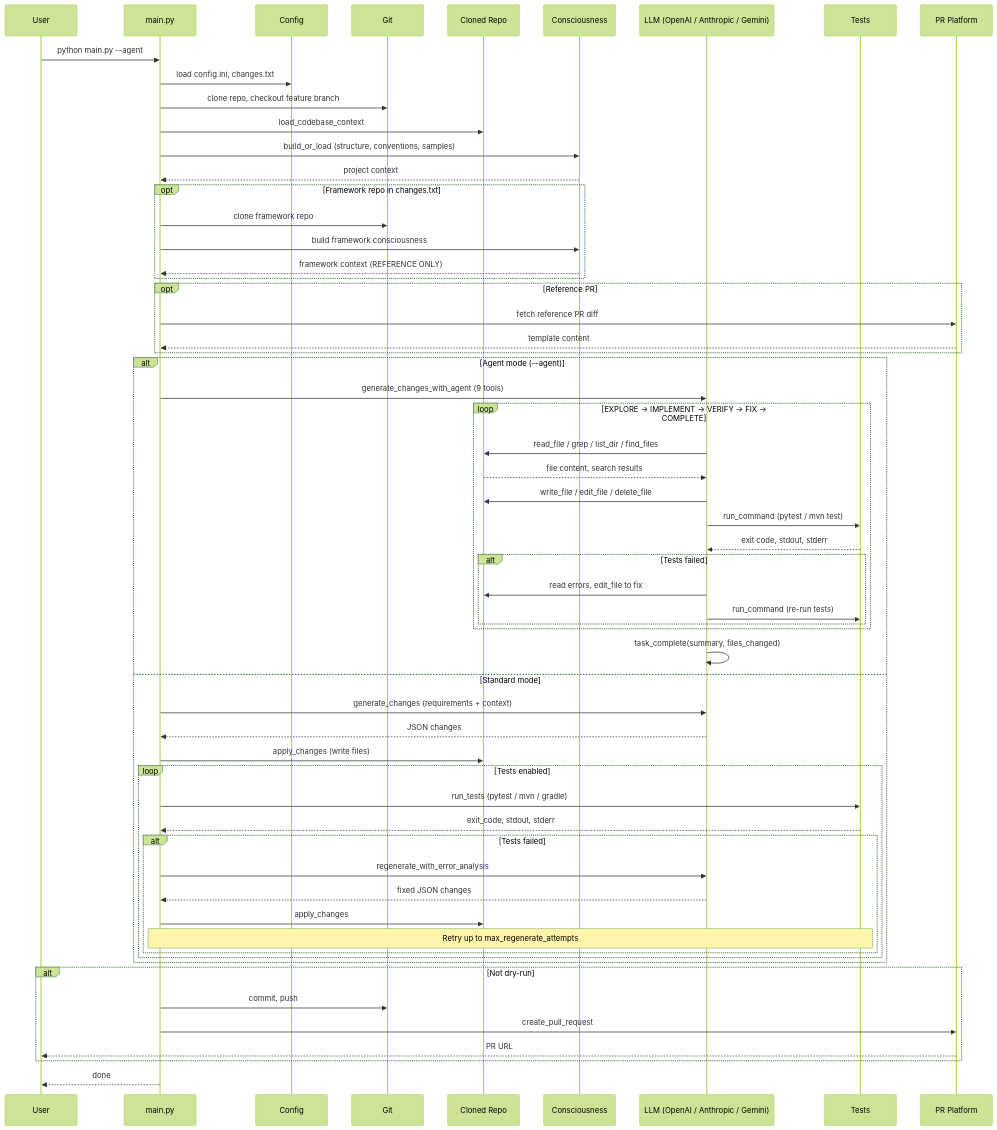
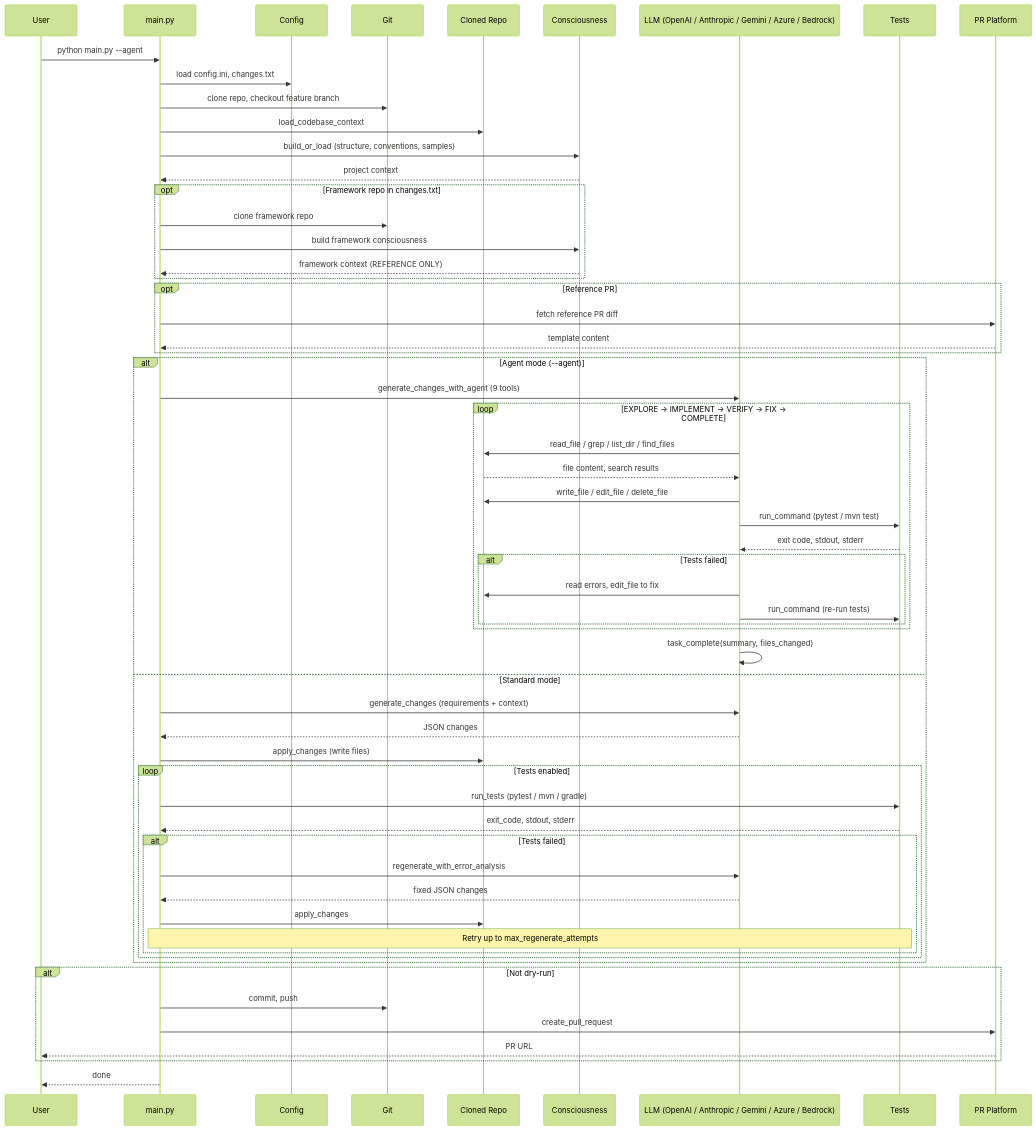
Before and after one commit to krishnachaitanyap/code-autonomy: the diagram in README.md, drawn with Mermaid (forest theme). The commit also changed other lines of this file and 10 other files, not shown here.

````diff
--- a/README.md
+++ b/README.md
@@ -16,63 +16,63 @@
 ```mermaid
 sequenceDiagram
     participant User
     participant Main as main.py
     participant Config
     participant Git
     participant Repo as Cloned Repo
     participant Consciousness
-    participant AI as LLM (OpenAI / Anthropic / Gemini)
+    participant AI as LLM (OpenAI / Anthropic / Gemini / Azure / Bedrock)
     participant Tests
     participant PR as PR Platform
 
     User->>Main: python main.py --agent
     Main->>Config: load config.ini, changes.txt
     Main->>Git: clone repo, checkout feature branch
     Main->>Repo: load_codebase_context
     Main->>Consciousness: build_or_load (structure, conventions, samples)
     Consciousness-->>Main: project context
     opt Framework repo in changes.txt
         Main->>Git: clone framework repo
         Main->>Consciousness: build framework consciousness
         Consciousness-->>Main: framework context (REFERENCE ONLY)
     end
     opt Reference PR
         Main->>PR: fetch reference PR diff
         PR-->>Main: template content
     end
     alt Agent mode (--agent)
         Main->>AI: generate_changes_with_agent (9 tools)
         loop EXPLORE → IMPLEMENT → VERIFY → FIX → COMPLETE
             AI->>Repo: read_file / grep / list_dir / find_files
             Repo-->>AI: file content, search results
             AI->>Repo: write_file / edit_file / delete_file
             AI->>Tests: run_command (pytest / mvn test)
             Tests-->>AI: exit code, stdout, stderr
             alt Tests failed
                 AI->>Repo: read errors, edit_file to fix
                 AI->>Tests: run_command (re-run tests)
             end
         end
         AI->>AI: task_complete(summary, files_changed)
     else Standard mode
         Main->>AI: generate_changes (requirements + context)
         AI-->>Main: JSON changes
         Main->>Repo: apply_changes (write files)
         loop Tests enabled
             Main->>Tests: run_tests (pytest / mvn / gradle)
             Tests-->>Main: exit_code, stdout, stderr
             alt Tests failed
                 Main->>AI: regenerate_with_error_analysis
                 AI-->>Main: fixed JSON changes
                 Main->>Repo: apply_changes
                 Note over Main,Tests: Retry up to max_regenerate_attempts
             end
         end
     end
     alt Not dry-run
         Main->>Git: commit, push
         Main->>PR: create_pull_request
         PR-->>User: PR URL
     end
     Main-->>User: done
 ```
````
